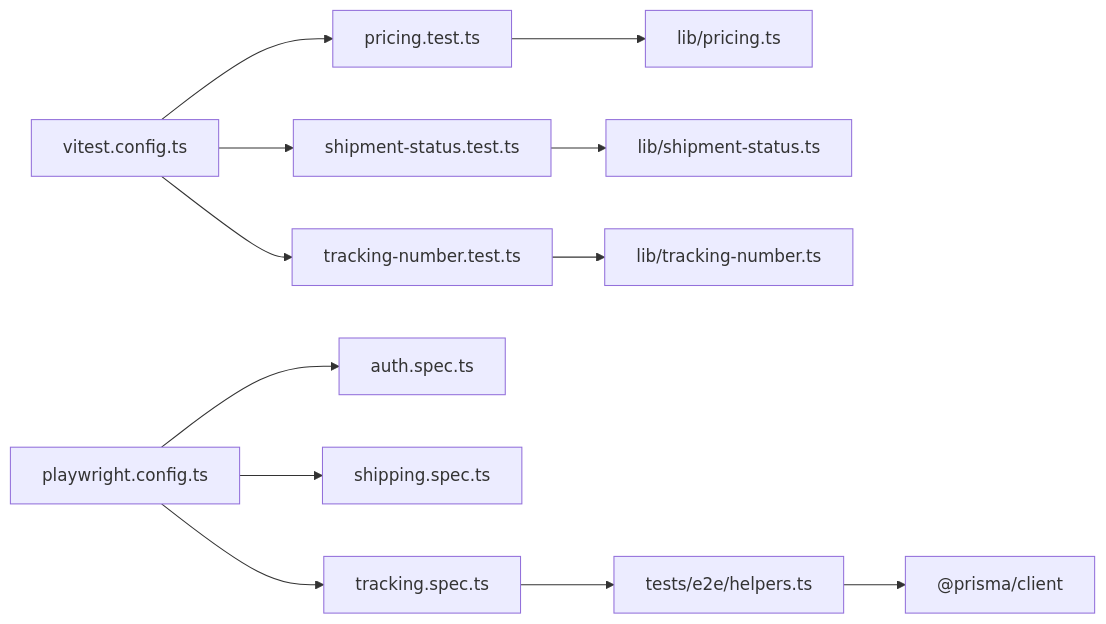
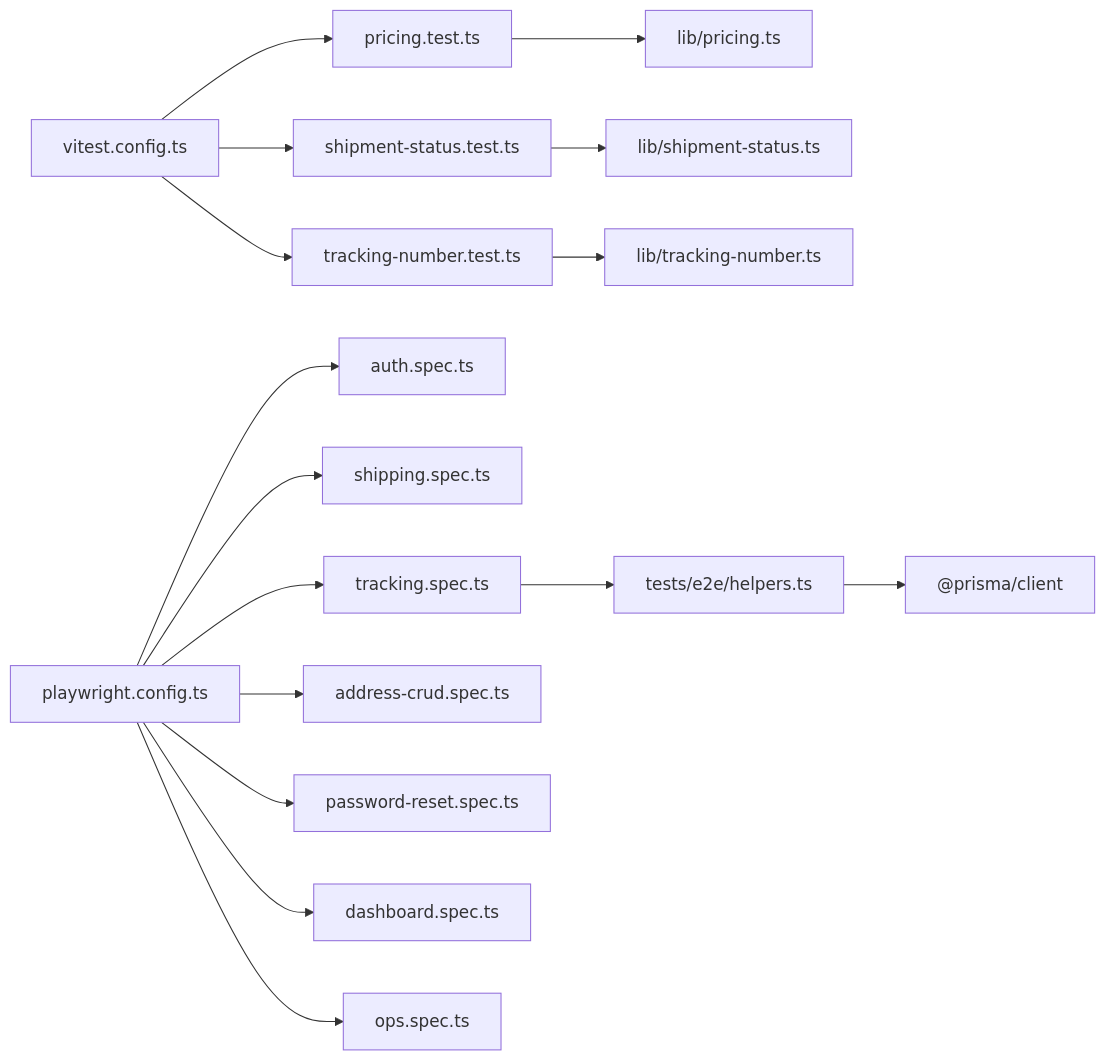
The seventh of 8 diagrams in .qoder/repowiki/en/content/Testing Guide.md (gyamposudodzi/Timberland), drawn with Mermaid before and after one commit. The commit also changed other lines of this file and 48 other files, not shown here.

First line of the commit message:
feat(testing): expand E2E test coverage with new user flows and dashboard features

````diff
--- a/.qoder/repowiki/en/content/Testing Guide.md
+++ b/.qoder/repowiki/en/content/Testing Guide.md
@@ -339,14 +374,18 @@
 ```mermaid
 graph LR
 VT["vitest.config.ts"] --> PT["pricing.test.ts"]
 VT --> ST["shipment-status.test.ts"]
 VT --> TT["tracking-number.test.ts"]
 PW["playwright.config.ts"] --> EA["auth.spec.ts"]
 PW --> ES["shipping.spec.ts"]
 PW --> ET["tracking.spec.ts"]
+PW --> ECRUD["address-crud.spec.ts"]
+PW --> EPW["password-reset.spec.ts"]
+PW --> EDS["dashboard.spec.ts"]
+PW --> EOPS["ops.spec.ts"]
 PT --> LP["lib/pricing.ts"]
 ST --> LS["lib/shipment-status.ts"]
 TT --> LN["lib/tracking-number.ts"]
 ET --> EH["tests/e2e/helpers.ts"]
 EH --> PRISMA["@prisma/client"]
 ```
````
